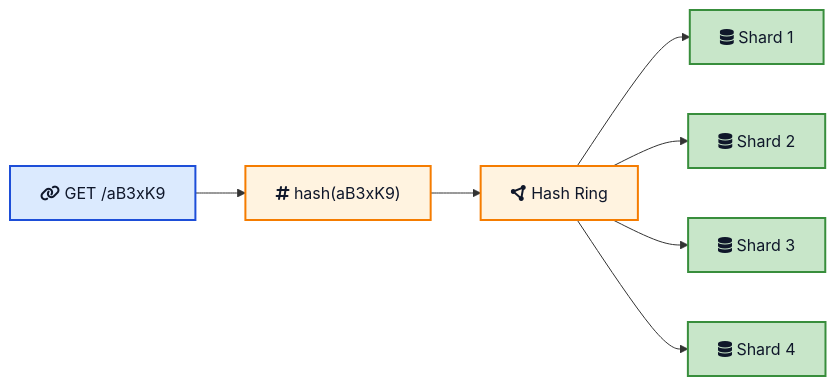
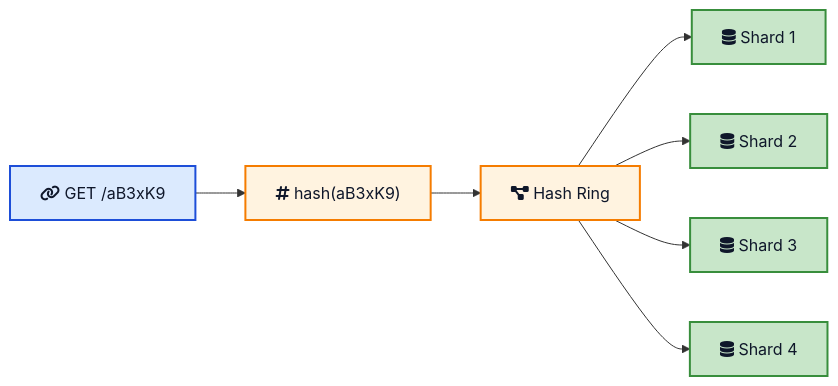
The fourth of 8 diagrams in _posts/2026-05-04-tinyurl-system-design.md (ajitsing/ajitsing.github.io), drawn with Mermaid before and after one commit. The commit also changed other lines of this file and 16 other files, not shown here.

````diff
--- a/_posts/2026-05-04-tinyurl-system-design.md
+++ b/_posts/2026-05-04-tinyurl-system-design.md
@@ -350,23 +350,23 @@
 ```mermaid
 flowchart LR
     Req["fa:fa-link GET /aB3xK9"]
     H["fa:fa-hashtag hash(aB3xK9)"]
-    R["fa:fa-circle-nodes Hash Ring"]
+    R["fa:fa-project-diagram Hash Ring"]
     S1["fa:fa-database Shard 1"]
     S2["fa:fa-database Shard 2"]
     S3["fa:fa-database Shard 3"]
     S4["fa:fa-database Shard 4"]
 
     Req --> H --> R
     R --> S1
     R --> S2
     R --> S3
     R --> S4
 
     classDef req fill:#dbeafe,stroke:#1d4ed8,stroke-width:2px,color:#0f172a
     classDef route fill:#fff3e0,stroke:#f57c00,stroke-width:2px,color:#0f172a
     classDef store fill:#c8e6c9,stroke:#388e3c,stroke-width:2px,color:#0f172a
     class Req req
     class H,R route
     class S1,S2,S3,S4 store
 ```
````
